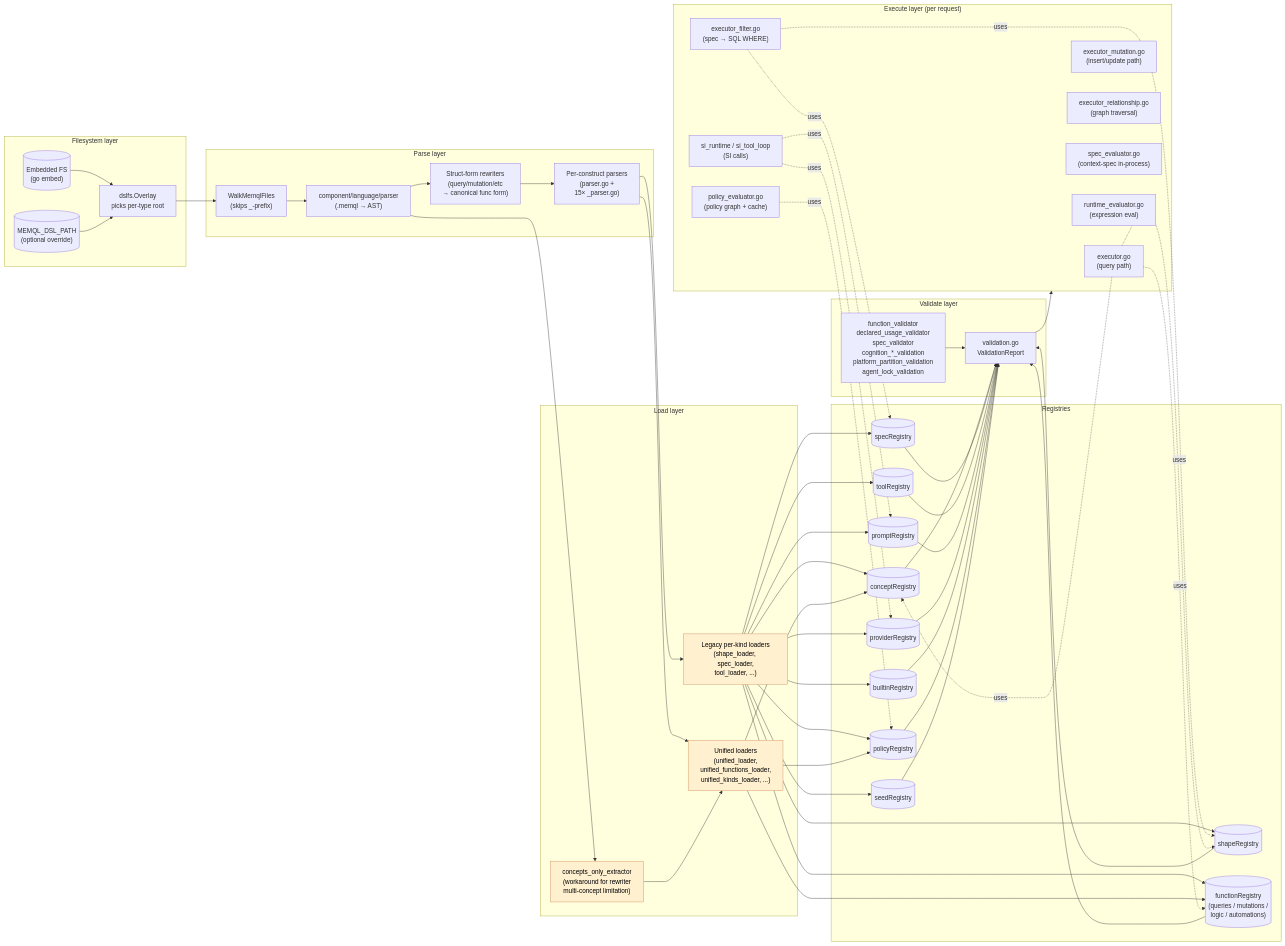
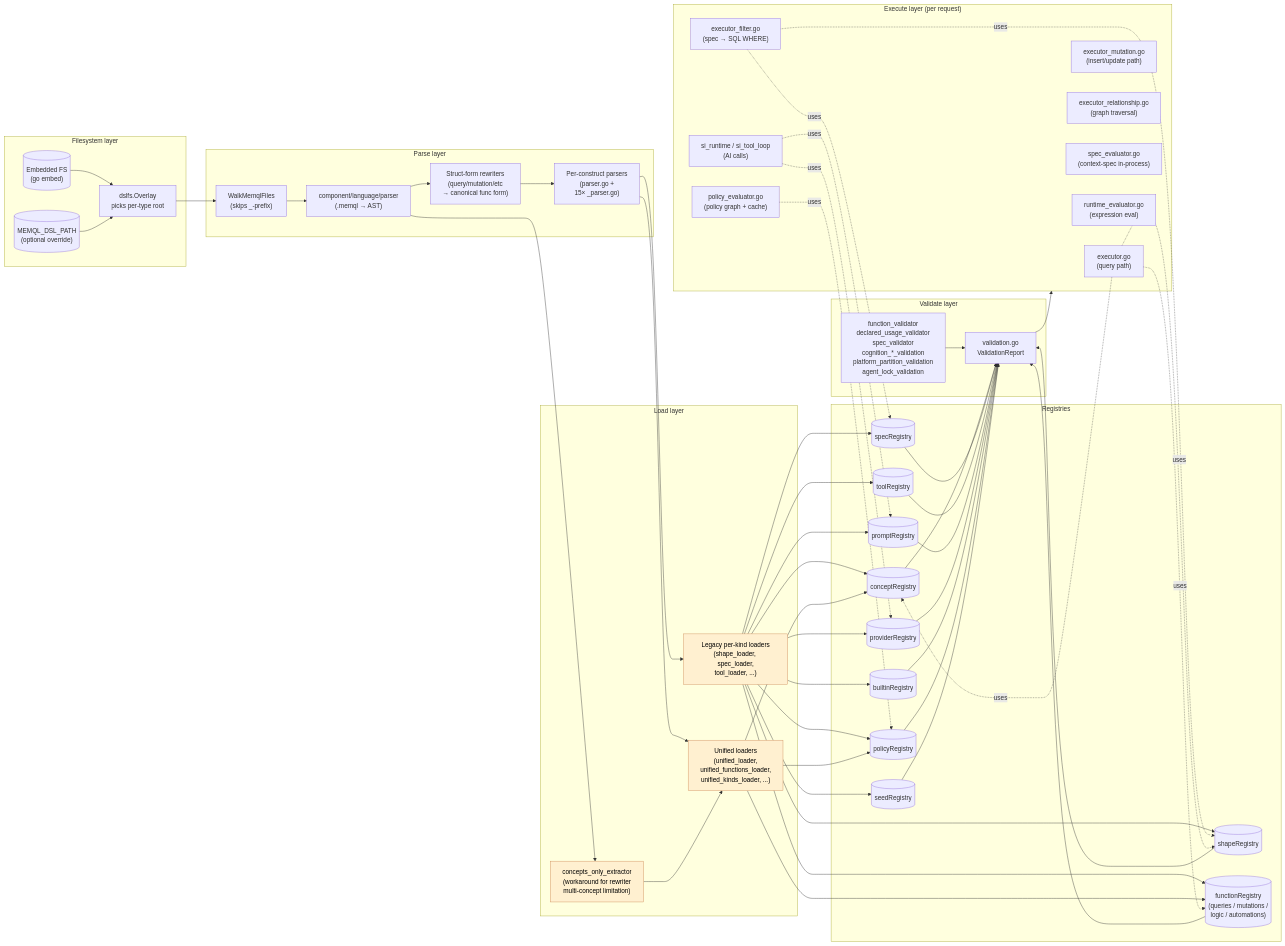
The third of 6 diagrams in docs/internal/planning/dsl-engine-mvp-foundation.md (znasllc-io/memql), drawn with Mermaid before and after one commit. The commit also changed other lines of this file and 189 other files, not shown here.

````diff
--- a/docs/internal/planning/dsl-engine-mvp-foundation.md
+++ b/docs/internal/planning/dsl-engine-mvp-foundation.md
@@ -204,76 +204,76 @@
 ```mermaid
 flowchart LR
   subgraph fs["Filesystem layer"]
     embed[("Embedded FS<br/>(go embed)")]
     disk[("MEMQL_DSL_PATH<br/>(optional override)")]
     overlay["dslfs.Overlay<br/>picks per-type root"]
   end
 
   subgraph parse["Parse layer"]
     walker["WalkMemqlFiles<br/>(skips _-prefix)"]
     langparser["component/language/parser<br/>(.memql → AST)"]
     rewriter["Struct-form rewriters<br/>(query/mutation/etc<br/>→ canonical func form)"]
     perkind["Per-construct parsers<br/>(parser.go +<br/>15× <kind>_parser.go)"]
   end
 
   subgraph load["Load layer"]
     legacy["Legacy per-kind loaders<br/>(shape_loader, spec_loader,<br/>tool_loader, ...)"]
     unified["Unified loaders<br/>(unified_loader,<br/>unified_functions_loader,<br/>unified_kinds_loader, ...)"]
     extractor["concepts_only_extractor<br/>(workaround for rewriter<br/>multi-concept limitation)"]
   end
 
   subgraph reg["Registries"]
     r1[("conceptRegistry")]
     r2[("specRegistry")]
     r3[("shapeRegistry")]
     r4[("functionRegistry<br/>(queries / mutations /<br/>logic / automations)")]
     r5[("toolRegistry")]
     r6[("promptRegistry")]
     r7[("providerRegistry")]
     r8[("builtinRegistry")]
     r9[("policyRegistry")]
     r10[("seedRegistry")]
   end
 
   subgraph validate["Validate layer"]
     v1["validation.go<br/>ValidationReport"]
     v2["function_validator<br/>declared_usage_validator<br/>spec_validator<br/>cognition_*_validation<br/>platform_partition_validation<br/>agent_lock_validation"]
   end
 
   subgraph exec["Execute layer (per request)"]
     e1["executor.go<br/>(query path)"]
     e2["executor_mutation.go<br/>(insert/update path)"]
     e3["executor_filter.go<br/>(spec → SQL WHERE)"]
     e4["executor_relationship.go<br/>(graph traversal)"]
     e5["spec_evaluator.go<br/>(context-spec in-process)"]
     e6["policy_evaluator.go<br/>(policy graph + cache)"]
     e7["runtime_evaluator.go<br/>(expression eval)"]
-    e8["si_runtime / si_tool_loop<br/>(SI calls)"]
+    e8["si_runtime / si_tool_loop<br/>(AI calls)"]
   end
 
   embed --> overlay
   disk --> overlay
   overlay --> walker
   walker --> langparser
   langparser --> rewriter
   rewriter --> perkind
   perkind --> legacy
   perkind --> unified
   langparser --> extractor
   extractor --> unified
   legacy --> r1 & r2 & r3 & r4 & r5 & r6 & r7 & r8 & r9 & r10
   unified --> r1 & r4 & r9
   r1 & r2 & r3 & r4 & r5 & r6 & r7 & r8 & r9 & r10 --> v1
   v2 --> v1
   v1 --> exec
   e3 -.uses.-> r2
   e3 -.uses.-> r3
   e1 -.uses.-> r4
   e1 -.uses.-> r3
   e1 -.uses.-> r1
   e6 -.uses.-> r9
   e8 -.uses.-> r6 & r7
 
   classDef warn fill:#fff0d0,stroke:#cc8855,color:#000;
   class legacy,unified,extractor warn;
 ```
````
